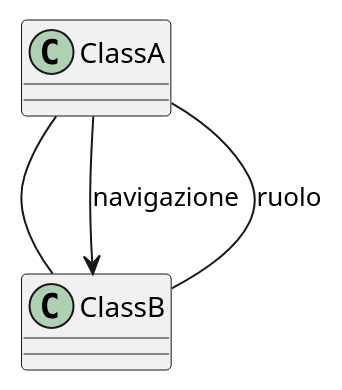
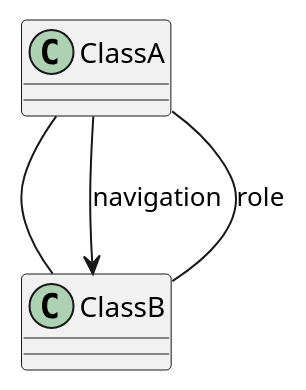
The fourth of 30 diagrams in 04-structural-diagrams/class-diagrams/README.md (Seniorsimo/sas-template), drawn with PlantUML before and after one commit. The commit also changed other lines of this file and 49 other files, not shown here.

````diff
--- a/04-structural-diagrams/class-diagrams/README.md
+++ b/04-structural-diagrams/class-diagrams/README.md
@@ -59,5 +59,5 @@
 ```plantuml
 ClassA -- ClassB
-ClassA --> ClassB : "navigazione"
-ClassA -- ClassB : "ruolo"
+ClassA --> ClassB : "navigation"
+ClassA -- ClassB : "role"
 ```
````
